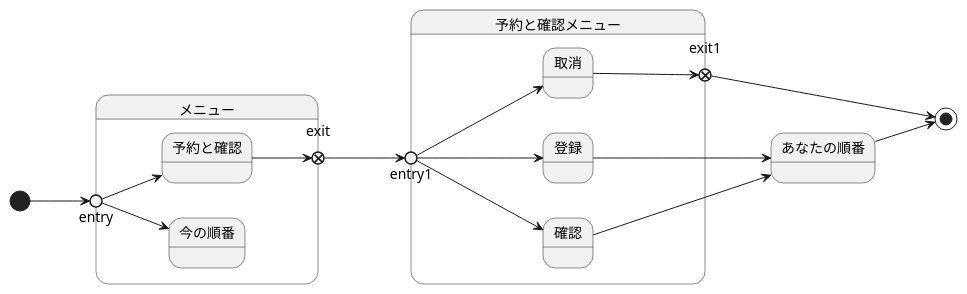
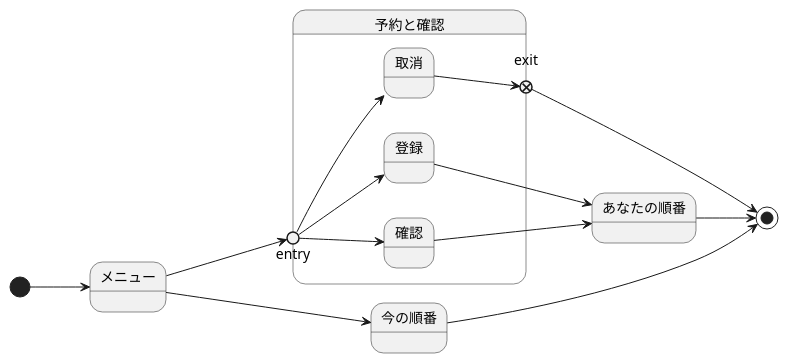
One commit to omorirenka/uml-introduction changed the diagram in 演習6-3_ステートマシン図_診察予約システム.pu. Above: the diagram before and after it, drawn with PlantUML.

Commit message:
演習6-3_ステートマシン図修正

```diff
--- a/演習6-3_ステートマシン図_診察予約システム.pu
+++ b/演習6-3_ステートマシン図_診察予約システム.pu
@@ -1,24 +1,19 @@
 @startuml
 left to right direction
-state メニュー{
+[*] --> メニュー
+メニュー ----> 今の順番
+state 予約と確認{
     state entry <<entryPoint>>
     state exit <<exitPoint>>
-    entry --> 予約と確認
-    entry --> 今の順番
-    予約と確認 --> exit
+    entry --> 登録
+    entry --> 確認
+    entry --> 取消
+    取消 --> exit
 }
-[*] --> entry
-state 予約と確認メニュー{
-    state entry1 <<entryPoint>>
-    state exit1 <<exitPoint>>
-    entry1 --> 登録
-    entry1 --> 確認
-    entry1 --> 取消
-    取消 --> exit1
-}
+メニュー --> entry
 確認 ---> あなたの順番
 登録 ---> あなたの順番
-exit --> entry1
+今の順番 ----> [*]
 あなたの順番 --> [*]
-exit1 ---> [*]
+exit ---> [*]
 @enduml
```
